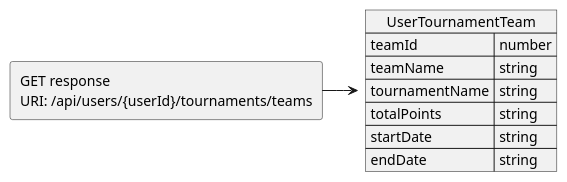
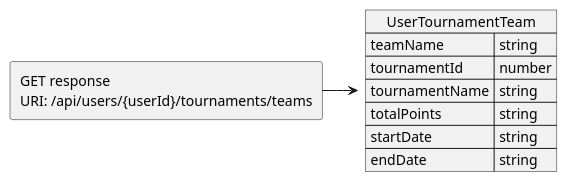
One commit to JKMN-Projects/TeamTactics changed the diagram in docs/JSON Contracts/Responses/GetUserTournamentTeam.puml. Above: the diagram before and after it, drawn with PlantUML.

Commit message:
Replaced teamId with tournamentId

```diff
--- a/docs/JSON Contracts/Responses/GetUserTournamentTeam.puml
+++ b/docs/JSON Contracts/Responses/GetUserTournamentTeam.puml
@@ -1,15 +1,15 @@
 @startuml Get user tournament team response
 allowmixing
 
 agent "GET response \nURI: /api/users/{userId}/tournaments/teams"
   json "UserTournamentTeam" as J {
-    "teamId": "number",
     "teamName": "string",
+    "tournamentId": "number",
     "tournamentName": "string",
     "totalPoints": "string",
     "startDate": "string",
     "endDate": "string"
   }
 
 "GET response \nURI: /api/users/{userId}/tournaments/teams" -> J 
 @enduml
```
